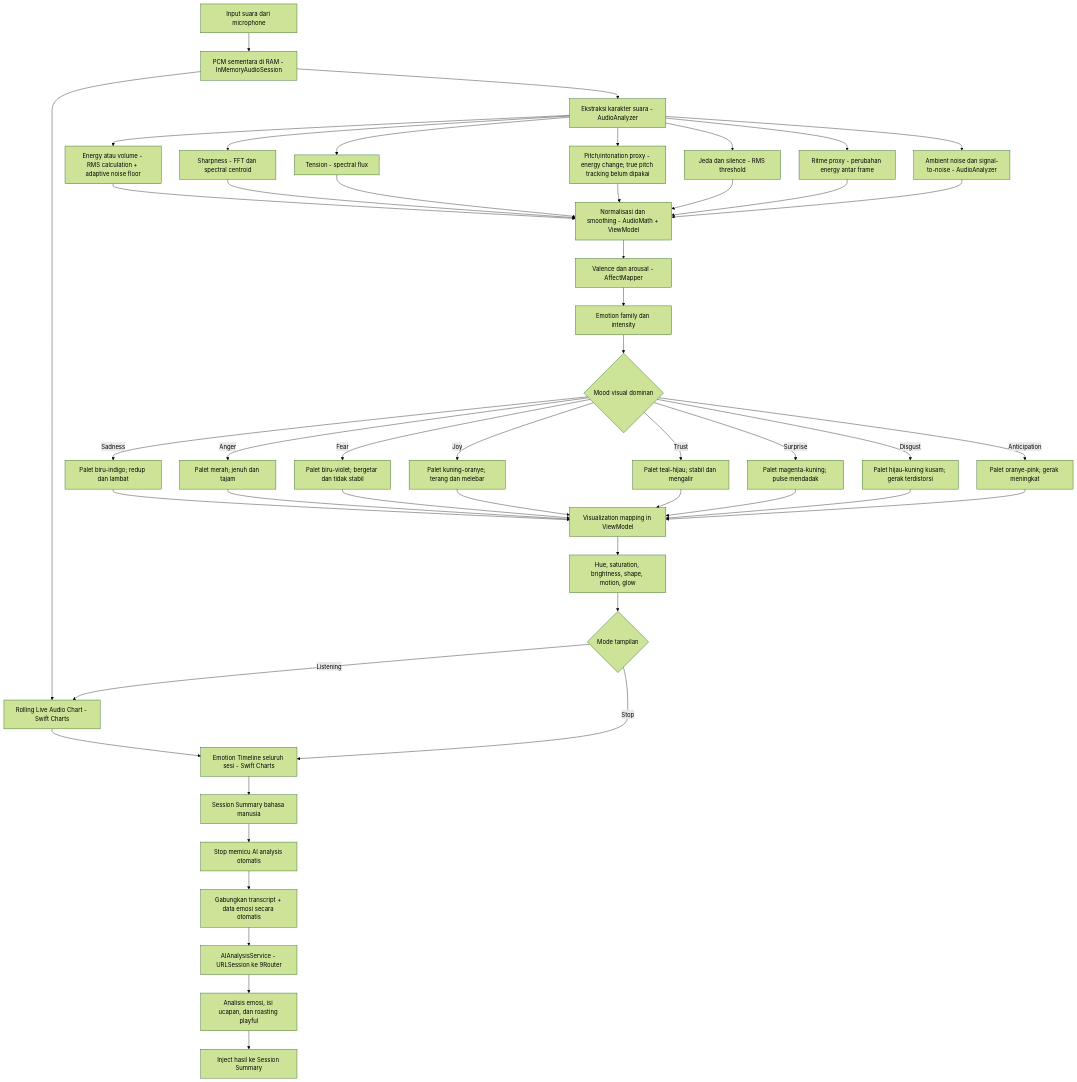
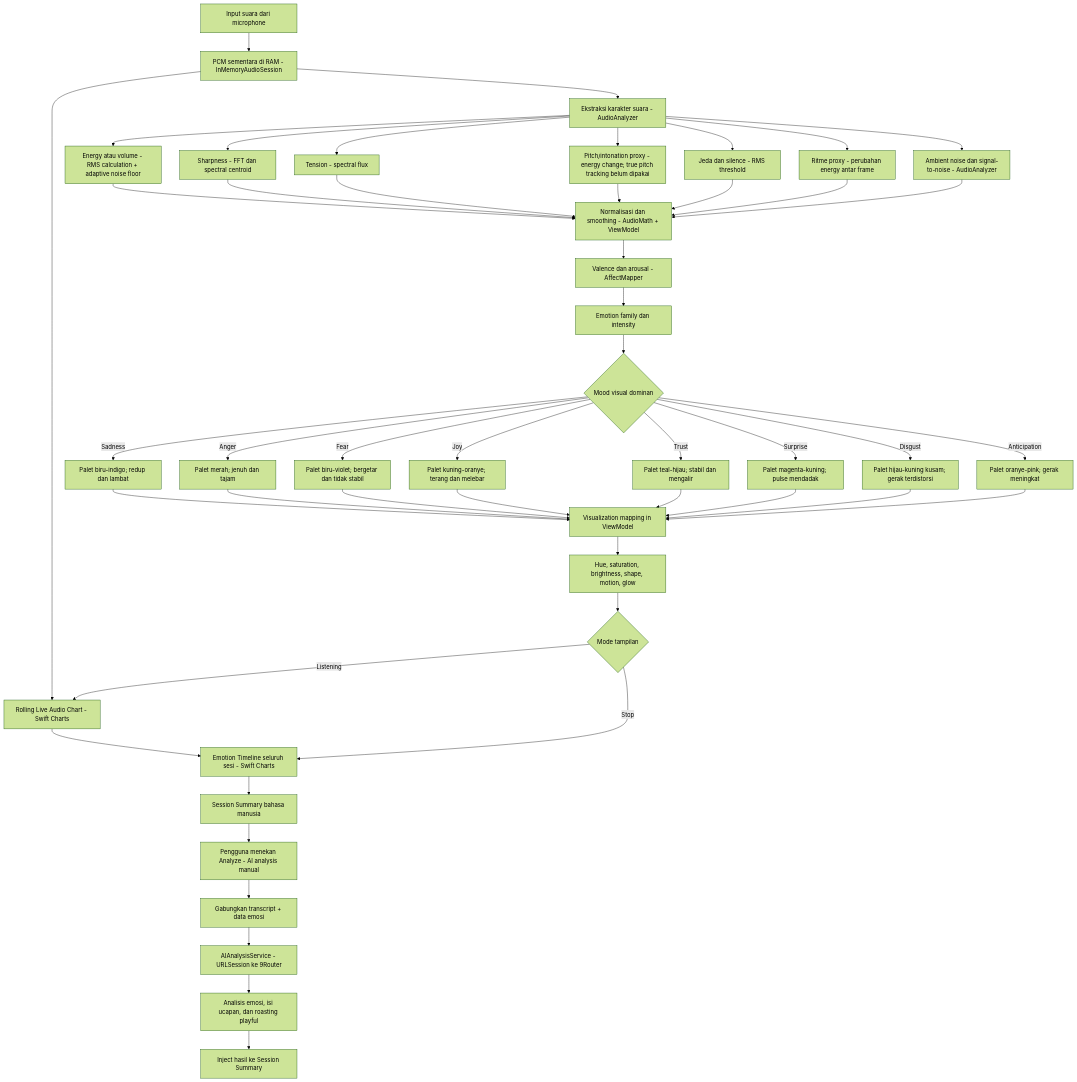
One commit to nunutech40/ConvertAudioToColor changed the first of 2 diagrams in audio-to-emotion-flowcharts.md. Above: the diagram before and after it, drawn with Mermaid (forest theme). The commit also changed other lines of this file and 6 other files, not shown here.

````diff
--- a/audio-to-emotion-flowcharts.md
+++ b/audio-to-emotion-flowcharts.md
@@ -7,56 +7,56 @@
 ```mermaid
 flowchart TD
     A[Input suara dari microphone] --> B[PCM sementara di RAM - InMemoryAudioSession]
     B --> C[Ekstraksi karakter suara - AudioAnalyzer]
     B --> Z[Replay lokal - AudioReplayService dan AVAudioPlayerNode]
     Z --> AA[Suara diputar ke speaker]
 
     C --> D[Energy atau volume - RMS calculation + adaptive noise floor]
     C --> E[Sharpness - FFT dan spectral centroid]
     C --> F[Tension - spectral flux]
     C --> G[Pitch/intonation proxy - energy change; true pitch tracking belum dipakai]
     C --> H[Jeda dan silence - RMS threshold]
     C --> I[Ritme proxy - perubahan energy antar frame]
     C --> J[Ambient noise dan signal-to-noise - AudioAnalyzer]
 
     D --> K[Normalisasi dan smoothing - AudioMath + ViewModel]
     E --> K
     F --> K
     G --> K
     H --> K
     I --> K
     J --> K
 
     K --> L[Valence dan arousal - AffectMapper]
     L --> M[Emotion family dan intensity]
 
     M --> N{Mood visual dominan}
     N -- Sadness --> O[Palet biru-indigo; redup dan lambat]
     N -- Anger --> P[Palet merah; jenuh dan tajam]
     N -- Fear --> Q[Palet biru-violet; bergetar dan tidak stabil]
     N -- Joy --> R[Palet kuning-oranye; terang dan melebar]
     N -- Trust --> S[Palet teal-hijau; stabil dan mengalir]
     N -- Surprise --> T[Palet magenta-kuning; pulse mendadak]
     N -- Disgust --> U[Palet hijau-kuning kusam; gerak terdistorsi]
     N -- Anticipation --> V[Palet oranye-pink; gerak meningkat]
 
     O --> W[Visualization mapping in ViewModel]
     P --> W
     Q --> W
     R --> W
     S --> W
     T --> W
     U --> W
     V --> W
 
     W --> X[Hue, saturation, brightness, shape, motion, glow]
     X --> Y{Mode tampilan}
     Y -- Listening --> Z[Rolling Live Audio Chart - Swift Charts]
     Y -- Stop --> AA[Emotion Timeline seluruh sesi - Swift Charts]
     AA --> AB[Session Summary bahasa manusia]
-    AB --> AC[Stop memicu AI analysis otomatis]
-    AC --> AD[Gabungkan transcript + data emosi secara otomatis]
+    AB --> AC[Pengguna menekan Analyze - AI analysis manual]
+    AC --> AD[Gabungkan transcript + data emosi]
     AD --> AE[AIAnalysisService - URLSession ke 9Router]
     AE --> AF[Analisis emosi, isi ucapan, dan roasting playful]
     AF --> AG[Inject hasil ke Session Summary]
 ```
````
